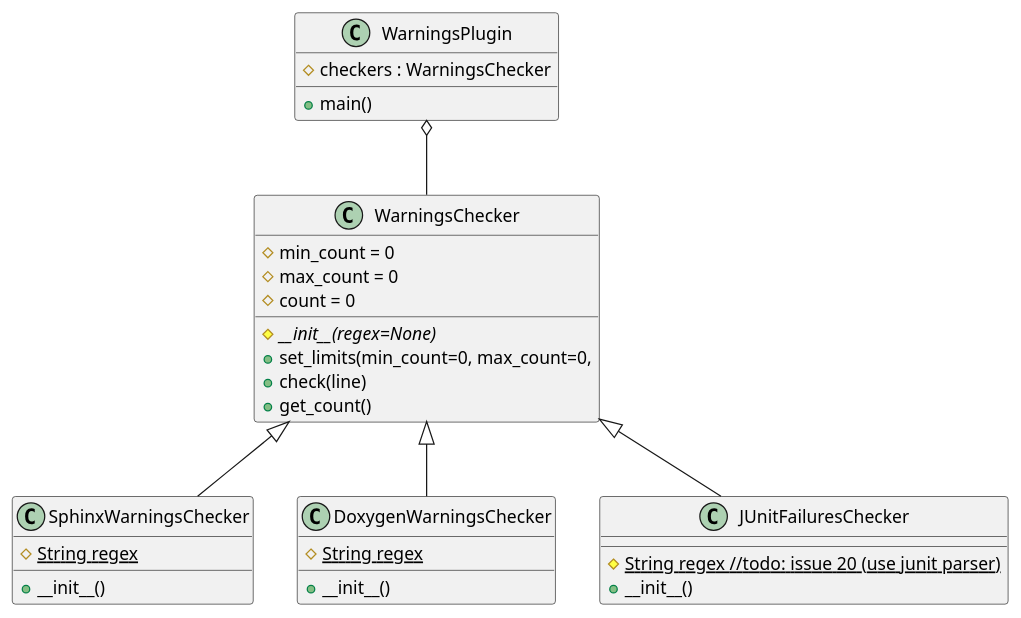
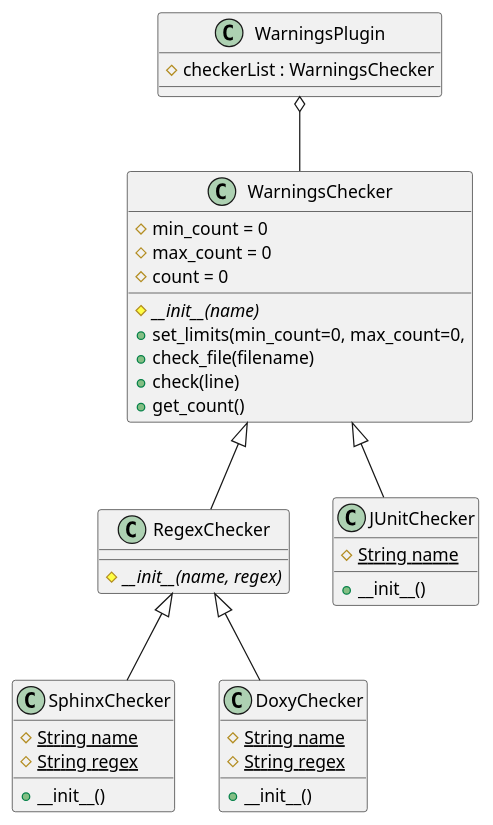
One commit to melexis/warnings-plugin changed the diagram in docs/design.rst. Above: the diagram before and after it, drawn with PlantUML. The commit also changed 1 other file, not shown here.

Commit message:
Update docs to use xunitparser, fix class names with implementation

```diff
--- a/docs/design.rst
+++ b/docs/design.rst
@@ -13,40 +13,47 @@
 .. uml::
 
     @startuml
     class WarningsPlugin {
-        #checkers : WarningsChecker
-        +main()
+        #checkerList : WarningsChecker
     }
 
     class WarningsChecker {
         #min_count = 0
         #max_count = 0
         #count = 0
 
-        #{abstract} __init__(regex=None)
+        #{abstract} __init__(name)
         +set_limits(min_count=0, max_count=0,
+        +check_file(filename)
         +check(line)
         +get_count()
     }
 
-    class SphinxWarningsChecker {
+    class RegexChecker {
+        #{abstract} __init__(name, regex)
+    }
+
+    class SphinxChecker {
+        #{static} String name
         #{static} String regex
         +__init__()
     }
 
-    class DoxygenWarningsChecker {
+    class DoxyChecker {
+        #{static} String name
         #{static} String regex
         +__init__()
     }
 
-    class JUnitFailuresChecker {
-        #{static} String regex //todo: issue 20 (use junit parser)
+    class JUnitChecker {
+        #{static} String name
         +__init__()
     }
 
     WarningsPlugin o-- WarningsChecker
-    WarningsChecker <|-- SphinxWarningsChecker
-    WarningsChecker <|-- DoxygenWarningsChecker
-    WarningsChecker <|-- JUnitFailuresChecker
+    WarningsChecker <|-- RegexChecker
+    RegexChecker <|-- SphinxChecker
+    RegexChecker <|-- DoxyChecker
+    WarningsChecker <|-- JUnitChecker
 
     @enduml
```
